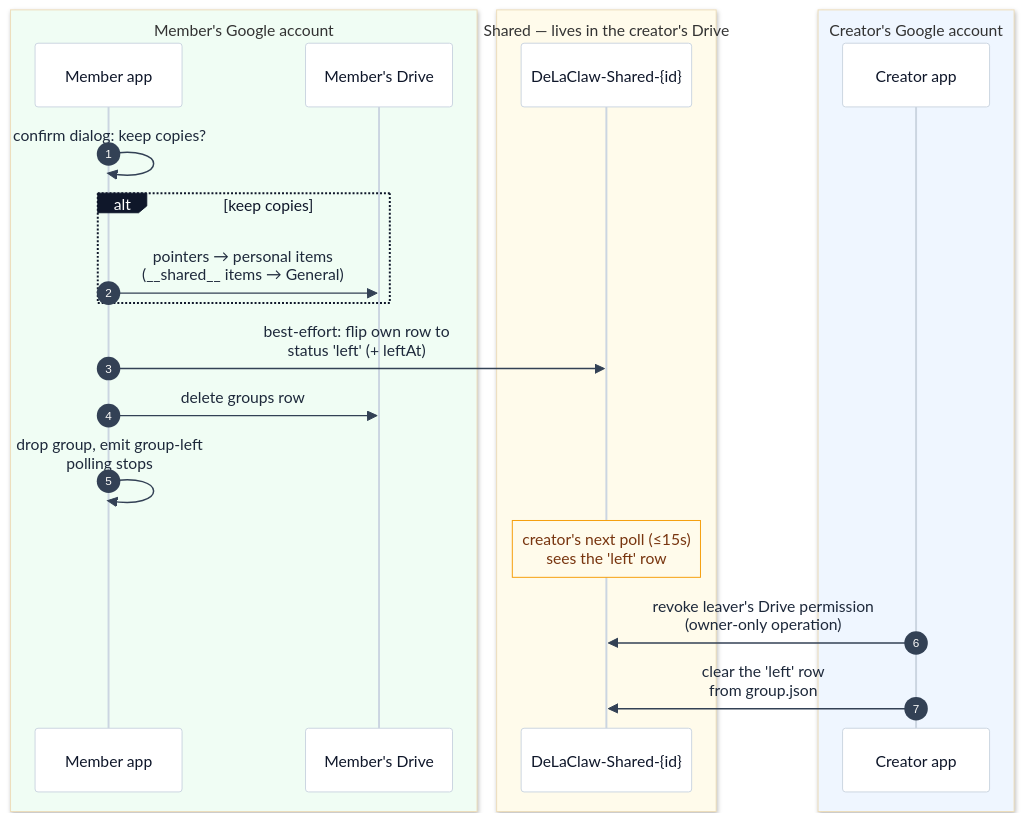
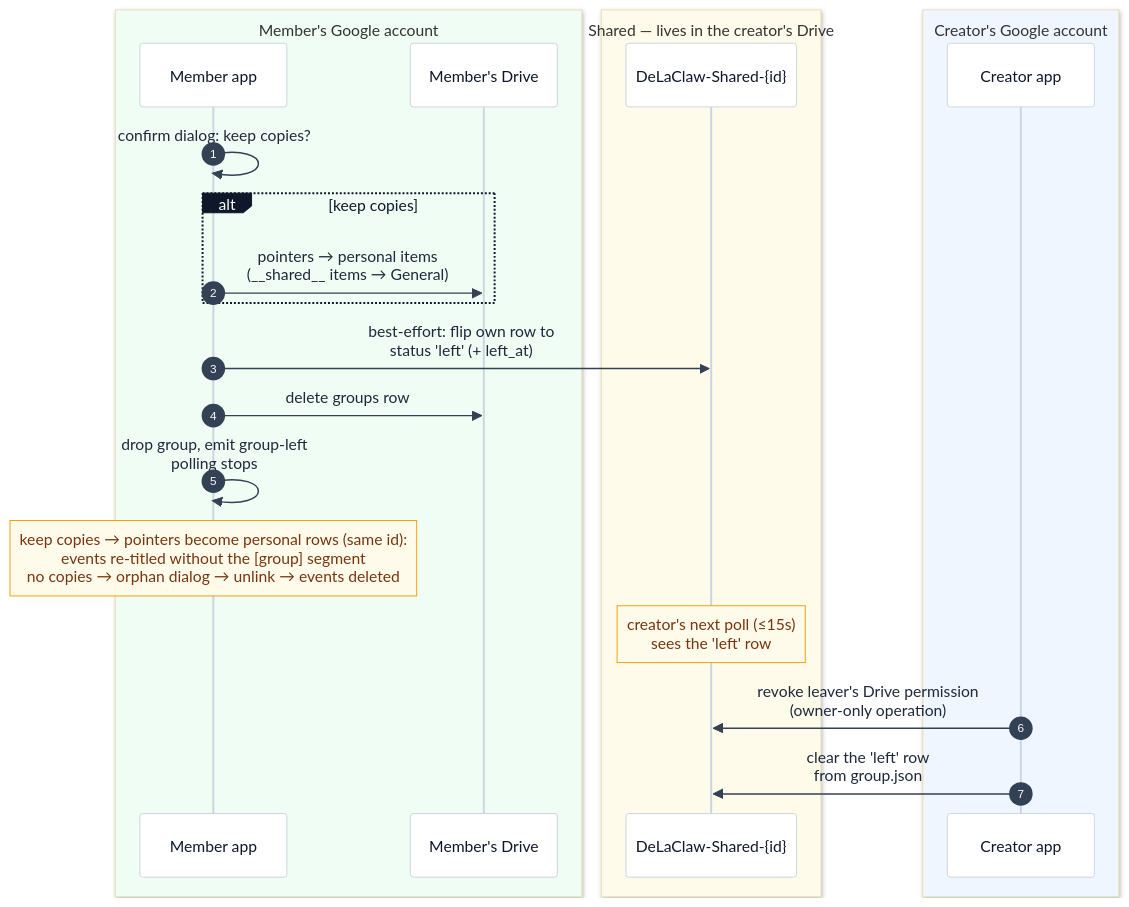
One commit to AntGro/DeLaClaw changed the ninth of 13 diagrams in docs-site/sharing.md. Above: the diagram before and after it, drawn with Mermaid. The commit also changed other lines of this file and 18 other files, not shown here.

````diff
--- a/docs-site/sharing.md
+++ b/docs-site/sharing.md
@@ -359,26 +364,27 @@
 ```mermaid
 %%{init: {'theme': 'base', 'themeVariables': {'background': '#fbfaf8', 'actorBkg': '#ffffff', 'actorBorder': '#cbd5e1', 'actorTextColor': '#0f172a', 'actorLineColor': '#cbd5e1', 'signalColor': '#334155', 'signalTextColor': '#1e293b', 'noteBkgColor': '#fffbeb', 'noteBorderColor': '#f59e0b', 'noteTextColor': '#78350f', 'labelBoxBkgColor': '#0f172a', 'labelBoxBorderColor': '#0f172a', 'labelTextColor': '#ffffff'}}}%%
 sequenceDiagram
     autonumber
     box rgb(240,253,244) Member's Google account
     participant MA as Member app
     participant MD as Member's Drive
     end
     box rgb(255,251,235) Shared — lives in the creator's Drive
     participant SF as DeLaClaw-Shared-{id}
     end
     box rgb(239,246,255) Creator's Google account
     participant CA as Creator app
     end
 
     MA->>MA: confirm dialog: keep copies?
     alt keep copies
     MA->>MD: pointers → personal items<br/>(__shared__ items → General)
     end
-    MA->>SF: best-effort: flip own row to<br/>status 'left' (+ leftAt)
+    MA->>SF: best-effort: flip own row to<br/>status 'left' (+ left_at)
     MA->>MD: delete groups row
     MA->>MA: drop group, emit group-left<br/>polling stops
+    Note over MA: keep copies → pointers become personal rows (same id):<br/>events re-titled without the [group] segment<br/>no copies → orphan dialog → unlink → events deleted
     Note over SF: creator's next poll (≤15s)<br/>sees the 'left' row
     CA->>SF: revoke leaver's Drive permission<br/>(owner-only operation)
     CA->>SF: clear the 'left' row<br/>from group.json
 ```
````
